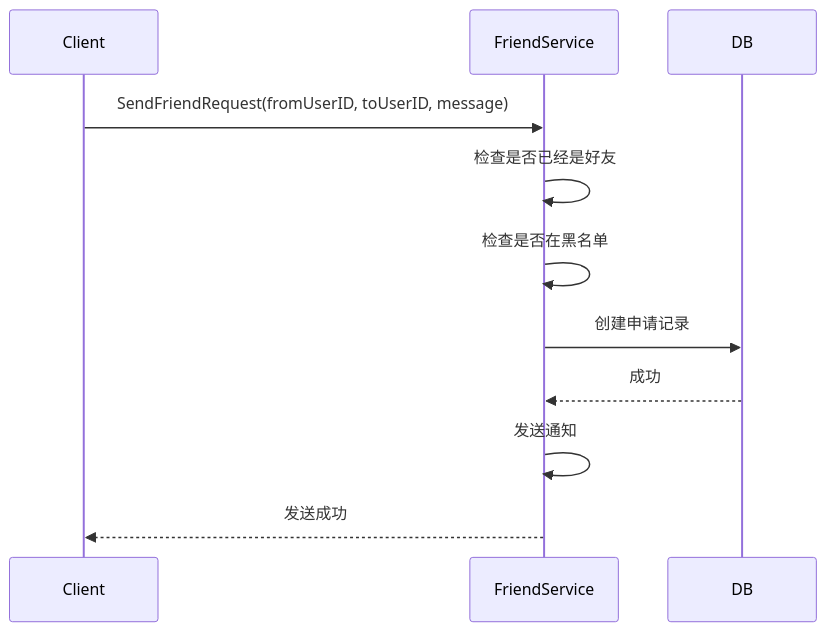
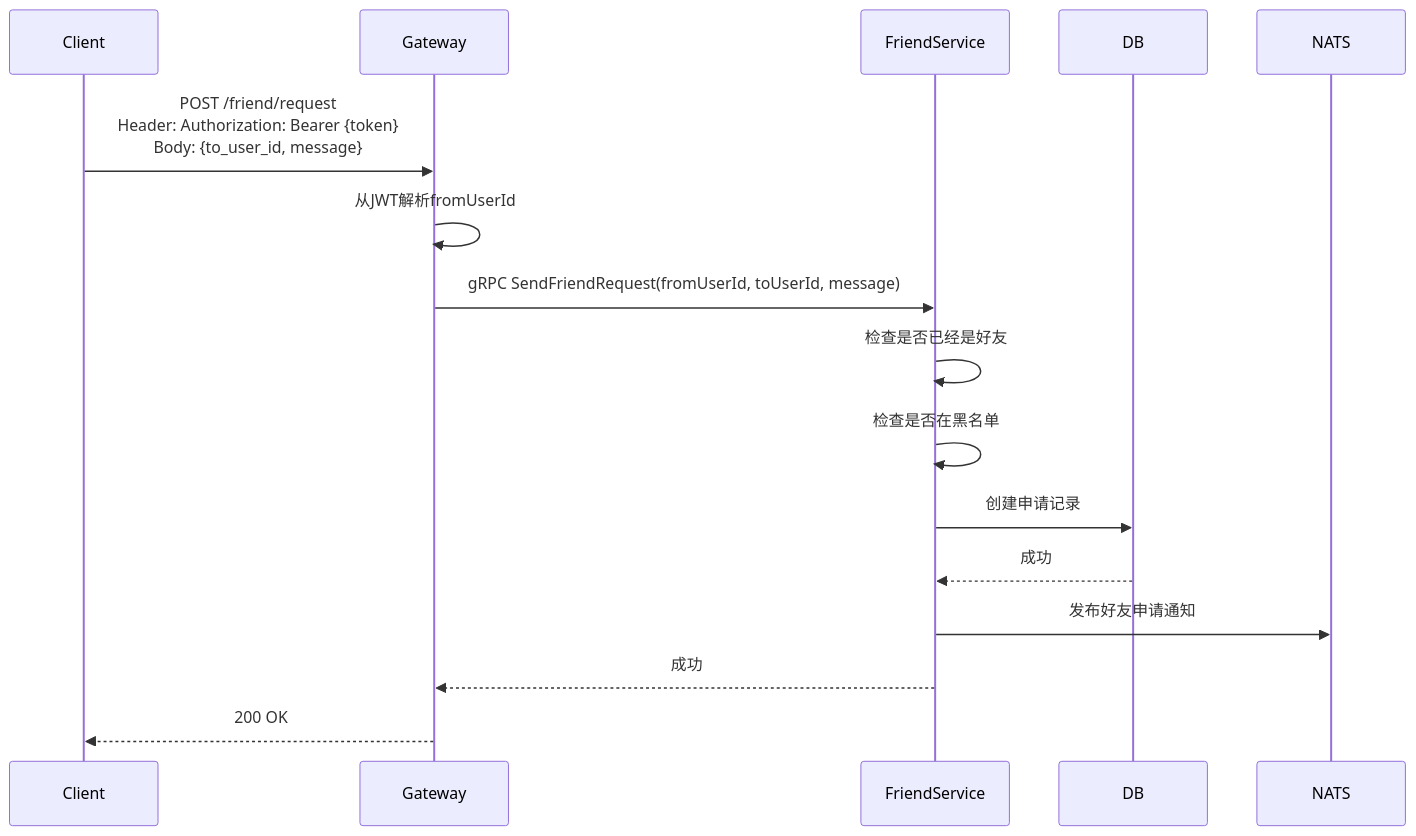
One commit to yzhgit/anychat-server changed the first of 3 diagrams in docs/design/friend/request.md. Above: the diagram before and after it, drawn with Mermaid. The commit also changed other lines of this file and 30 other files, not shown here.

First line of the commit message:
docs: 更新设计文档时序图，添加Gateway和NATS参与者

````diff
--- a/docs/design/friend/request.md
+++ b/docs/design/friend/request.md
@@ -43,14 +43,19 @@
 ```mermaid
 sequenceDiagram
     participant Client
+    participant Gateway
     participant FriendService
     participant DB
+    participant NATS
 
-    Client->>FriendService: SendFriendRequest(fromUserID, toUserID, message)
+    Client->>Gateway: POST /friend/request<br/>Header: Authorization: Bearer {token}<br/>Body: {to_user_id, message}
+    Gateway->>Gateway: 从JWT解析fromUserId
+    Gateway->>FriendService: gRPC SendFriendRequest(fromUserId, toUserId, message)
     FriendService->>FriendService: 检查是否已经是好友
     FriendService->>FriendService: 检查是否在黑名单
     FriendService->>DB: 创建申请记录
     DB-->>FriendService: 成功
-    FriendService->>FriendService: 发送通知
-    FriendService-->>Client: 发送成功
+    FriendService->>NATS: 发布好友申请通知
+    FriendService-->>Gateway: 成功
+    Gateway-->>Client: 200 OK
 ```
````
